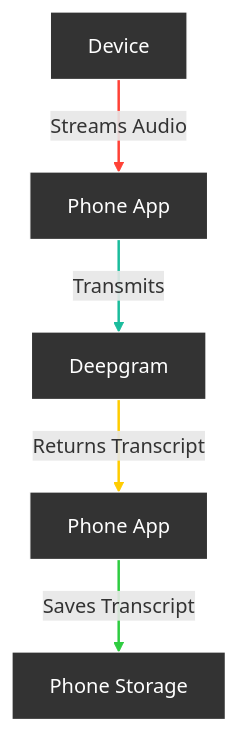
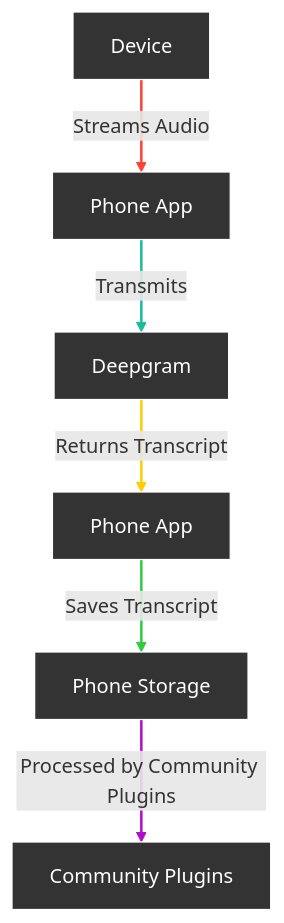
The diagram in README.md (jagdish-15/omi-lfs-clean), drawn with Mermaid before and after one commit.

````diff
--- a/README.md
+++ b/README.md
@@ -45,21 +45,24 @@
 ```mermaid
 graph TD;
    A[Device] -- Streams Audio --> B[Phone App];
    B -- Transmits --> C[Deepgram];
    C -- Returns Transcript --> D[Phone App];
    D -- Saves Transcript --> E[Phone Storage];
+   E -- Processed by Community Plugins --> G[Community Plugins];
 
 classDef lightMode fill:#FFFFFF, stroke:#333333, color:#333333;
 classDef darkMode fill:#333333, stroke:#FFFFFF, color:#FFFFFF;
 
 classDef lightModeLinks stroke:#333333;
 classDef darkModeLinks stroke:#FFFFFF;
+    
+class A,B,C,D,E,G lightMode;
+class A,B,C,D,E,G darkMode;
+    
+linkStyle 0 stroke:#FF4136, stroke-width:2px;
+linkStyle 1 stroke:#1ABC9C, stroke-width:2px;
+linkStyle 2 stroke:#FFCC00, stroke-width:2px;
+linkStyle 3 stroke:#2ECC40, stroke-width:2px;
+linkStyle 4 stroke:#B10DC9, stroke-width:2px;
 
-class A,B,C,D,E lightMode
-class A,B,C,D,E darkMode
-
-linkStyle 0 stroke:#FF4136, stroke-width:2px
-linkStyle 1 stroke:#1ABC9C, stroke-width:2px
-linkStyle 2 stroke:#FFCC00, stroke-width:2px
-linkStyle 3 stroke:#2ECC40, stroke-width:2px
 ``` 
````
